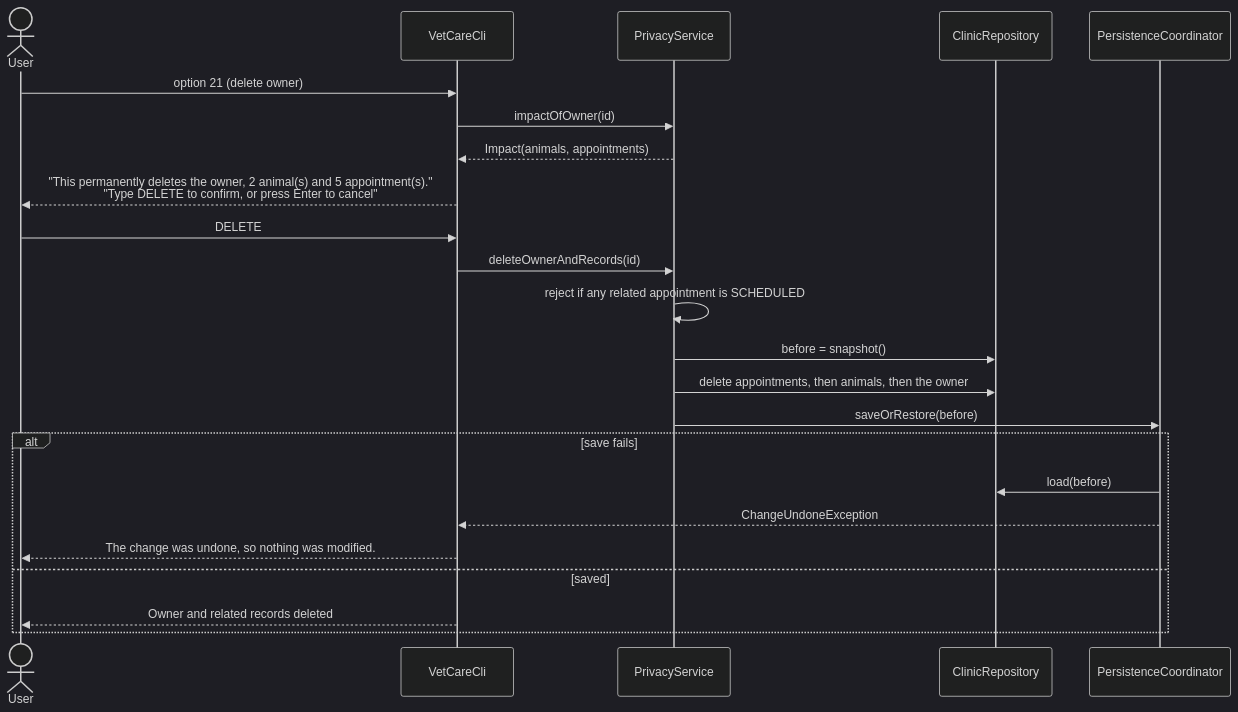
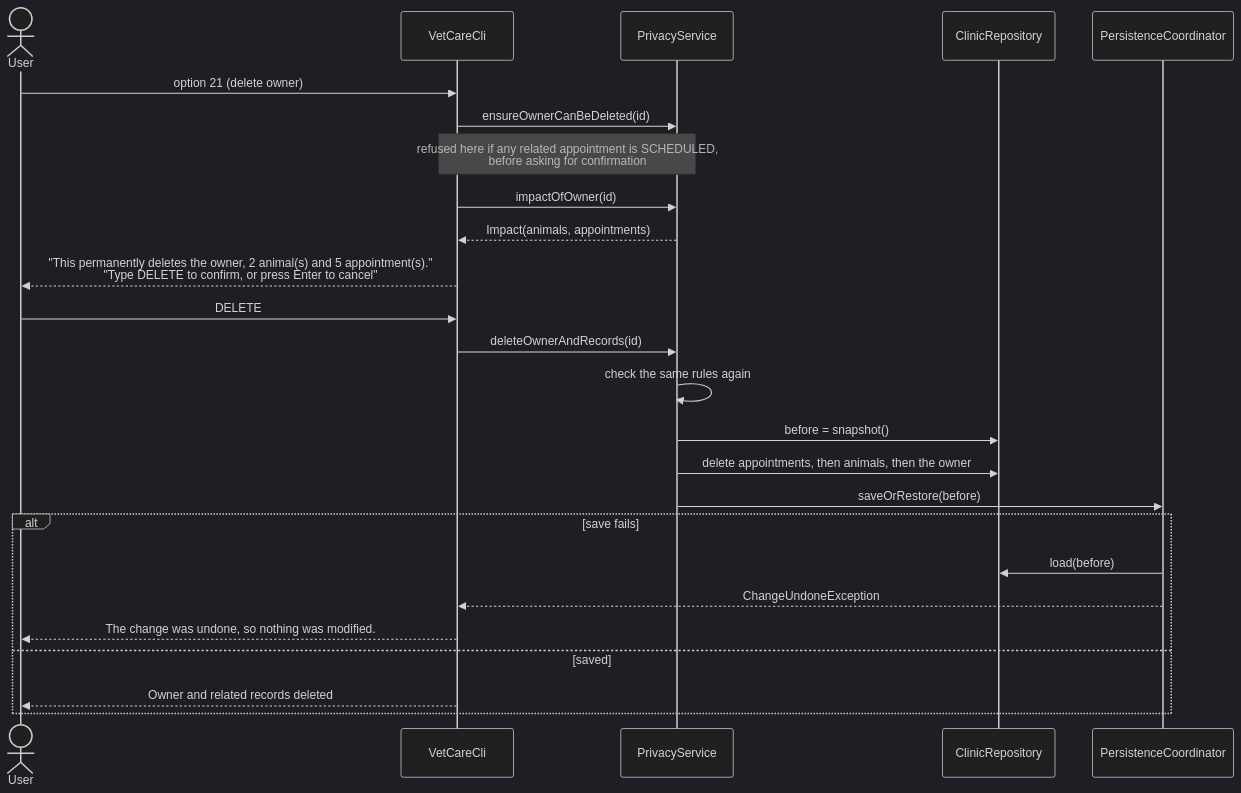
One commit to Amandadamata/vetcare-scheduler-java changed the sixth of 6 diagrams in docs/ARCHITECTURE.md. Above: the diagram before and after it, drawn with Mermaid (dark theme). The commit also changed 4 other files, not shown here.

First line of the commit message:
fix: refuse deletion and anonymization before asking for confirmation

````diff
--- a/docs/ARCHITECTURE.md
+++ b/docs/ARCHITECTURE.md
@@ -204,26 +204,28 @@
 ```mermaid
 sequenceDiagram
     actor User
     participant CLI as VetCareCli
     participant PS as PrivacyService
     participant Repo as ClinicRepository
     participant PC as PersistenceCoordinator
 
     User->>CLI: option 21 (delete owner)
+    CLI->>PS: ensureOwnerCanBeDeleted(id)
+    Note over CLI,PS: refused here if any related appointment is SCHEDULED,<br/>before asking for confirmation
     CLI->>PS: impactOfOwner(id)
     PS-->>CLI: Impact(animals, appointments)
     CLI-->>User: "This permanently deletes the owner, 2 animal(s) and 5 appointment(s)."<br/>"Type DELETE to confirm, or press Enter to cancel"
     User->>CLI: DELETE
     CLI->>PS: deleteOwnerAndRecords(id)
-    PS->>PS: reject if any related appointment is SCHEDULED
+    PS->>PS: check the same rules again
     PS->>Repo: before = snapshot()
     PS->>Repo: delete appointments, then animals, then the owner
     PS->>PC: saveOrRestore(before)
     alt save fails
         PC->>Repo: load(before)
         PC-->>CLI: ChangeUndoneException
         CLI-->>User: The change was undone, so nothing was modified.
     else saved
         CLI-->>User: Owner and related records deleted
     end
 ```
````
